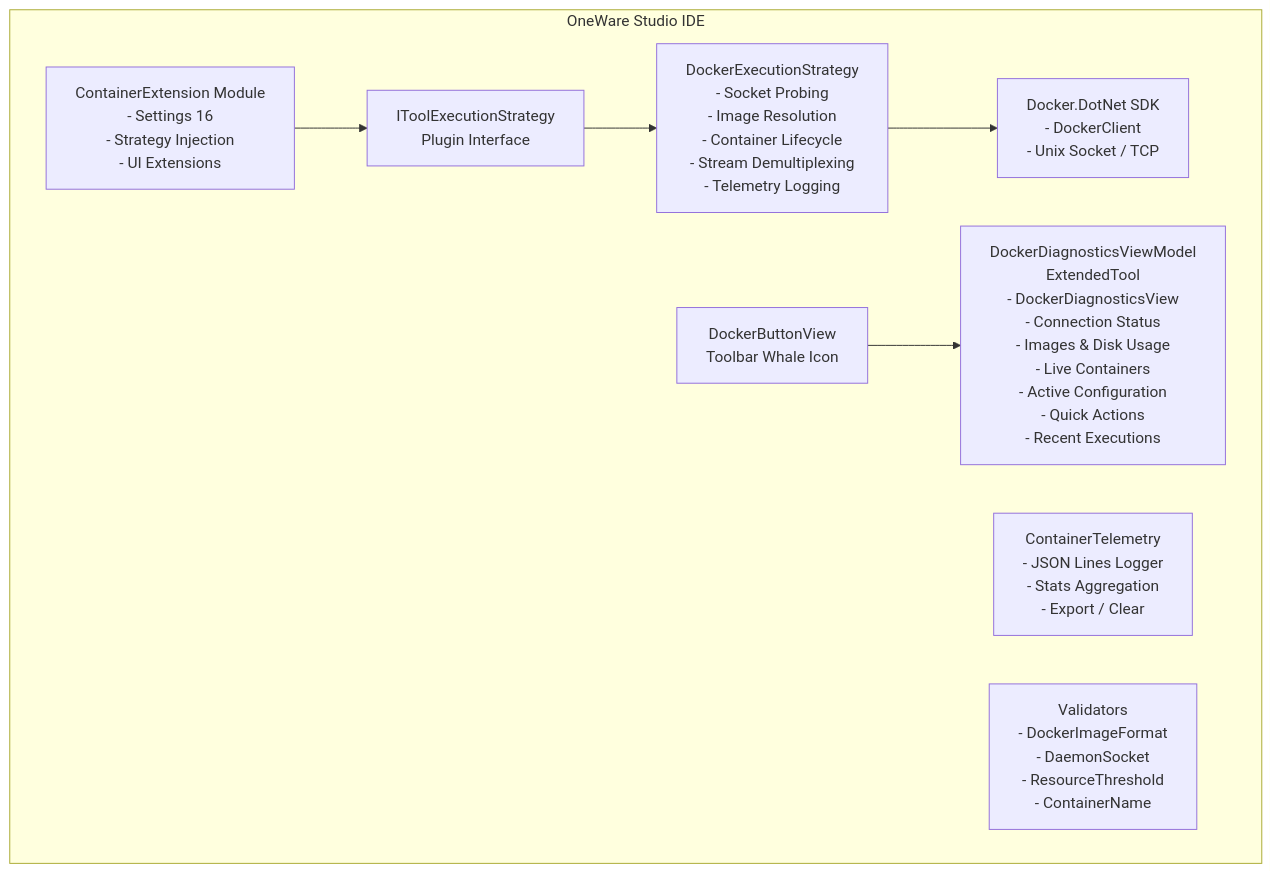
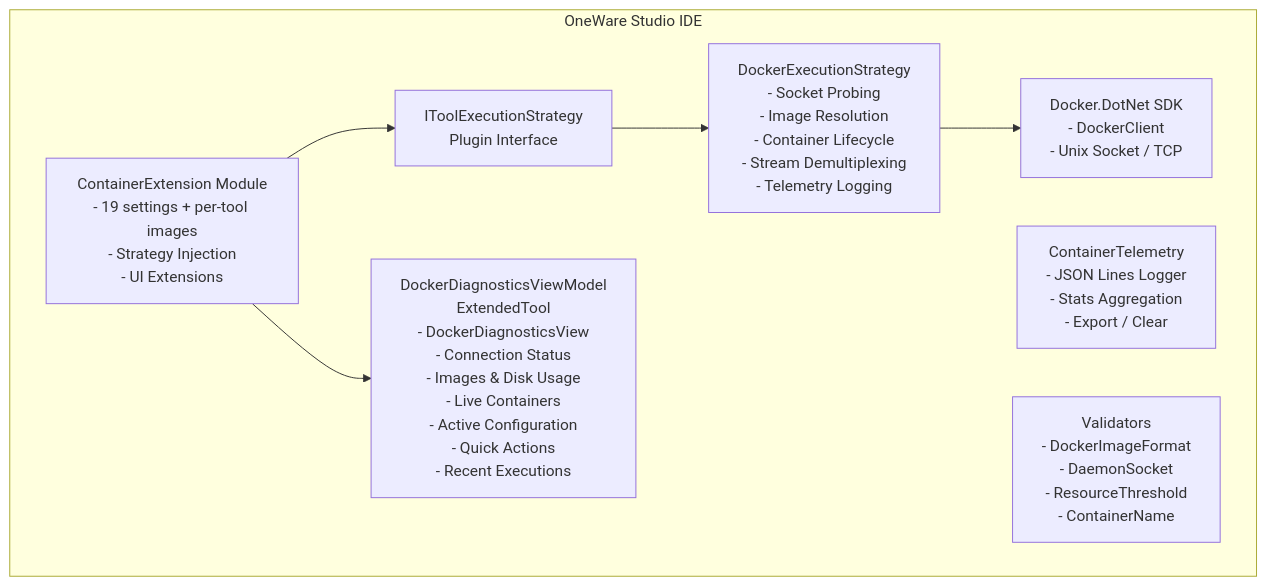
Before and after one commit to FEntwumS/FEntwumS.ContainerExtension: the diagram in docs/articles/architecture.md, drawn with Mermaid. The commit also changed other lines of this file and 63 other files, not shown here.

````diff
--- a/docs/articles/architecture.md
+++ b/docs/articles/architecture.md
@@ -7,18 +7,17 @@
 ```mermaid
 graph TD
     subgraph IDE [OneWare Studio IDE]
-        CE[ContainerExtension Module<br/>- Settings 16<br/>- Strategy Injection<br/>- UI Extensions]
+        CE[ContainerExtension Module<br/>- 19 settings + per-tool images<br/>- Strategy Injection<br/>- UI Extensions]
         ITES[IToolExecutionStrategy<br/>Plugin Interface]
         DES[DockerExecutionStrategy<br/>- Socket Probing<br/>- Image Resolution<br/>- Container Lifecycle<br/>- Stream Demultiplexing<br/>- Telemetry Logging]
-        DBV[DockerButtonView<br/>Toolbar Whale Icon]
         SDK[Docker.DotNet SDK<br/>- DockerClient<br/>- Unix Socket / TCP]
         DDVM[DockerDiagnosticsViewModel<br/>ExtendedTool<br/>- DockerDiagnosticsView<br/>- Connection Status<br/>- Images & Disk Usage<br/>- Live Containers<br/>- Active Configuration<br/>- Quick Actions<br/>- Recent Executions]
         CT[ContainerTelemetry<br/>- JSON Lines Logger<br/>- Stats Aggregation<br/>- Export / Clear]
         VAL[Validators<br/>- DockerImageFormat<br/>- DaemonSocket<br/>- ResourceThreshold<br/>- ContainerName]
 
         CE --> ITES
         ITES --> DES
         DES --> SDK
-        DBV --> DDVM
+        CE --> DDVM
     end
 ```
````
